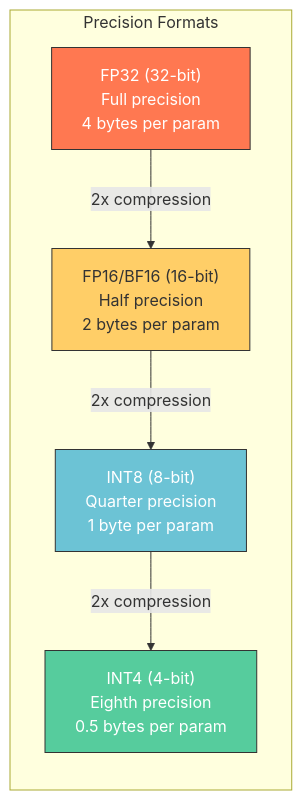
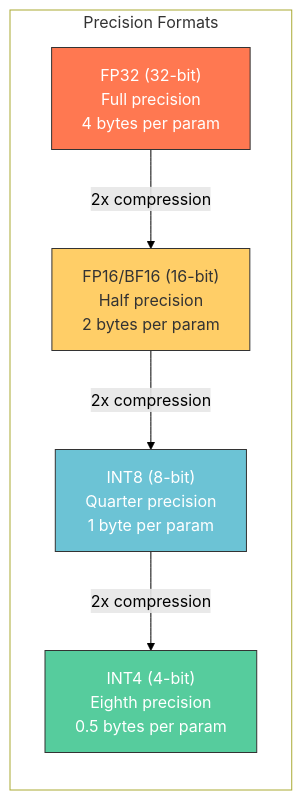
Before and after one commit to tanquangduong/tanquangduong.github.io: the third of 10 diagrams in posts/llm-interview/LLM-Interview-QA-2.qmd, drawn with Mermaid. The commit also changed other lines of this file and 204 other files, not shown here.

````diff
--- a/posts/llm-interview/LLM-Interview-QA-2.qmd
+++ b/posts/llm-interview/LLM-Interview-QA-2.qmd
@@ -152,18 +154,20 @@
 ```{mermaid}
 graph LR
+    linkStyle default stroke:#000,color:#000
     subgraph Precision["Precision Formats"]
         FP32["FP32 (32-bit)<br/>Full precision<br/>4 bytes per param"]
         FP16["FP16/BF16 (16-bit)<br/>Half precision<br/>2 bytes per param"]
         INT8["INT8 (8-bit)<br/>Quarter precision<br/>1 byte per param"]
         INT4["INT4 (4-bit)<br/>Eighth precision<br/>0.5 bytes per param"]
     end
 
     FP32 -->|"2x compression"| FP16
     FP16 -->|"2x compression"| INT8
     INT8 -->|"2x compression"| INT4
 
     style FP32 fill:#ff7851,stroke:#333,color:#fff
     style FP16 fill:#ffce67,stroke:#333
     style INT8 fill:#6cc3d5,stroke:#333,color:#fff
     style INT4 fill:#56cc9d,stroke:#333,color:#fff
+    style Precision fill:#fff
 ```
````
